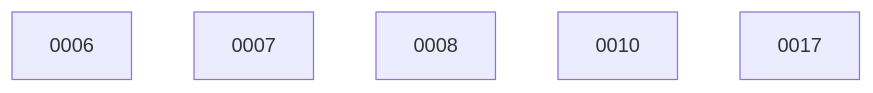
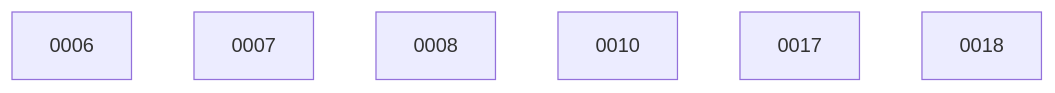
Before and after one commit to ethanhinson/codeindex: the diagram in docs/changes/BOARD.md, drawn with Mermaid. The commit also changed other lines of this file, not shown here.

````diff
--- a/docs/changes/BOARD.md
+++ b/docs/changes/BOARD.md
@@ -15,8 +16,9 @@
 ```mermaid
 graph TD
   0006
   0007
   0008
   0010
   0017
+  0018
 ```
````
